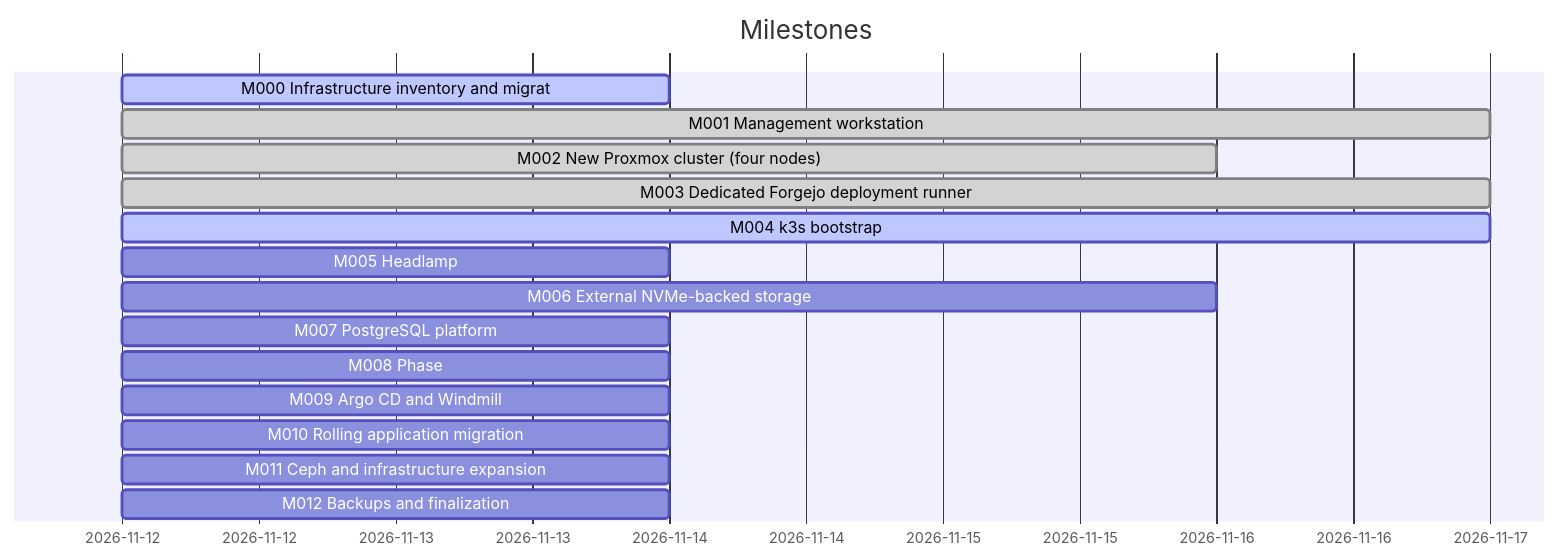
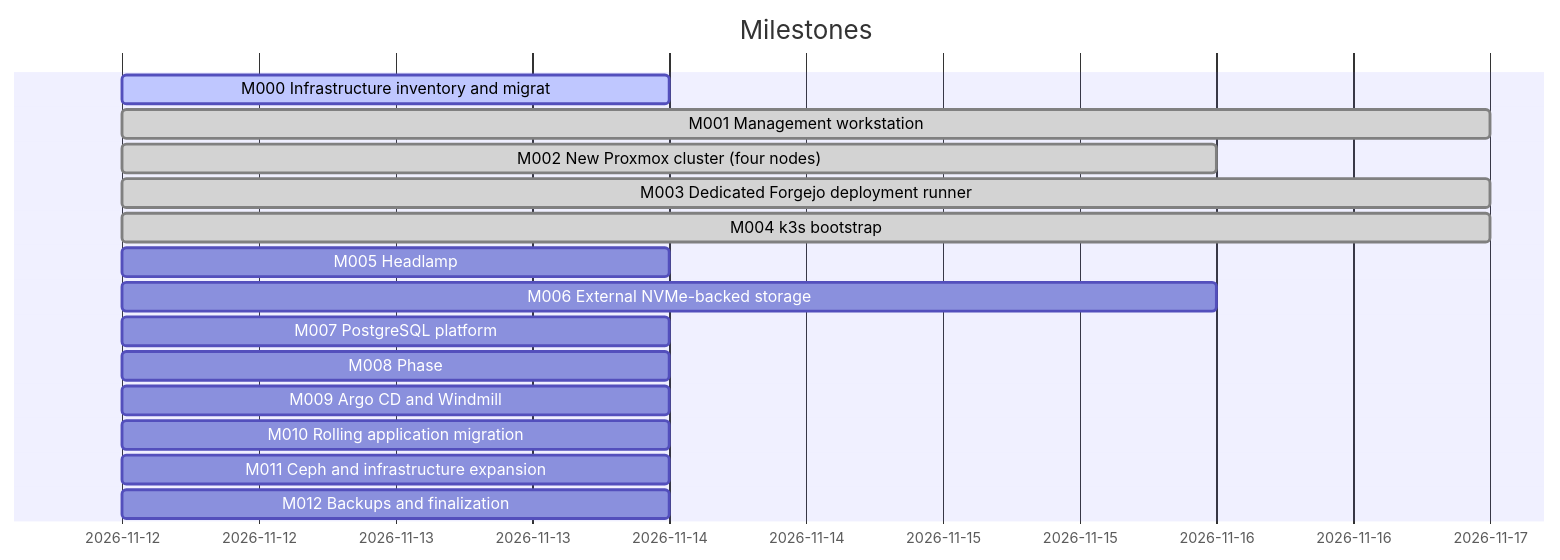
Before and after one commit to doku-code/homelab-iac: the diagram in docs/dashboard.md, drawn with Mermaid. The commit also changed other lines of this file and 8 other files, not shown here.

````diff
--- a/docs/dashboard.md
+++ b/docs/dashboard.md
@@ -35,18 +35,18 @@
 ```mermaid
 gantt
     dateFormat YYYY-MM-DD
     title Milestones
     M000 Infrastructure inventory and migrat :active, m000, 2026-11-12, 2026-11-14
     M001 Management workstation :done, m001, 2026-11-12, 2026-11-17
     M002 New Proxmox cluster (four nodes) :done, m002, 2026-11-12, 2026-11-16
     M003 Dedicated Forgejo deployment runner :done, m003, 2026-11-12, 2026-11-17
-    M004 k3s bootstrap :active, m004, 2026-11-12, 2026-11-17
+    M004 k3s bootstrap :done, m004, 2026-11-12, 2026-11-17
     M005 Headlamp :m005, 2026-11-12, 2026-11-14
     M006 External NVMe-backed storage :m006, 2026-11-12, 2026-11-16
     M007 PostgreSQL platform :m007, 2026-11-12, 2026-11-14
     M008 Phase :m008, 2026-11-12, 2026-11-14
     M009 Argo CD and Windmill :m009, 2026-11-12, 2026-11-14
     M010 Rolling application migration :m010, 2026-11-12, 2026-11-14
     M011 Ceph and infrastructure expansion :m011, 2026-11-12, 2026-11-14
     M012 Backups and finalization :m012, 2026-11-12, 2026-11-14
 ```
````
